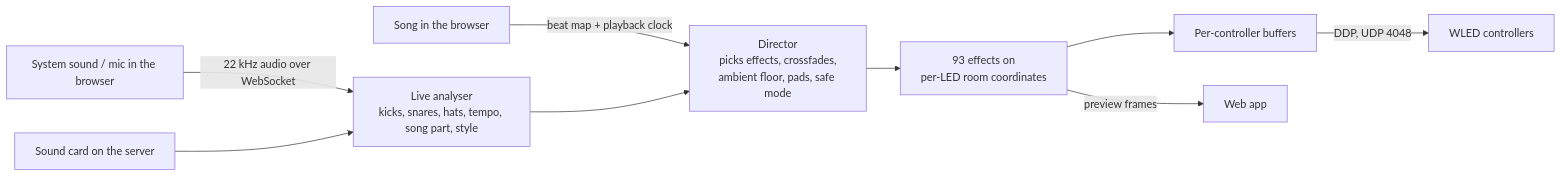
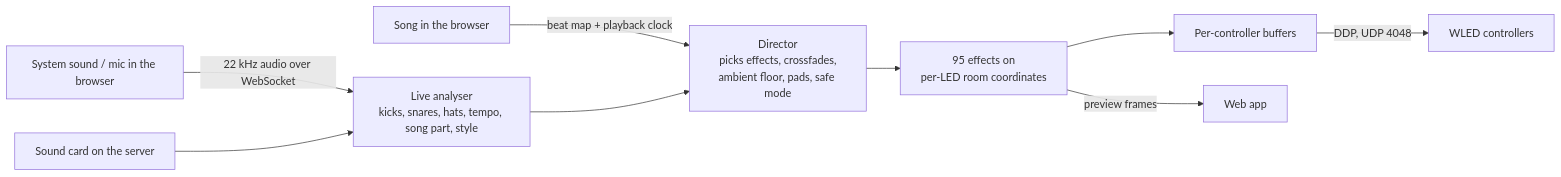
One commit to D4RKGEEK/tempolight changed the diagram in README.md. Above: the diagram before and after it, drawn with Mermaid. The commit also changed other lines of this file and 13 other files, not shown here.

````diff
--- a/README.md
+++ b/README.md
@@ -180,10 +180,10 @@
 ```mermaid
 flowchart LR
   A[Song in the browser] -- beat map + playback clock --> D
   B[System sound / mic in the browser] -- 22 kHz audio over WebSocket --> C
   S[Sound card on the server] --> C
   C[Live analyser<br/>kicks, snares, hats, tempo, song part, style] --> D
-  D[Director<br/>picks effects, crossfades,<br/>ambient floor, pads, safe mode] --> E[93 effects on<br/>per-LED room coordinates]
+  D[Director<br/>picks effects, crossfades,<br/>ambient floor, pads, safe mode] --> E[95 effects on<br/>per-LED room coordinates]
   E --> F[Per-controller buffers] -- DDP, UDP 4048 --> W[WLED controllers]
   E -- preview frames --> U[Web app]
 ```
````
